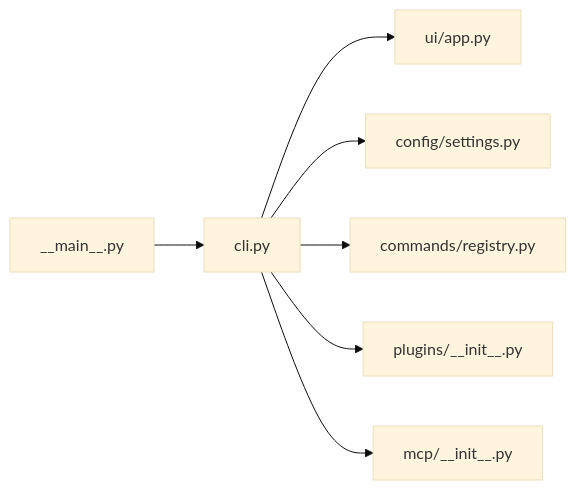
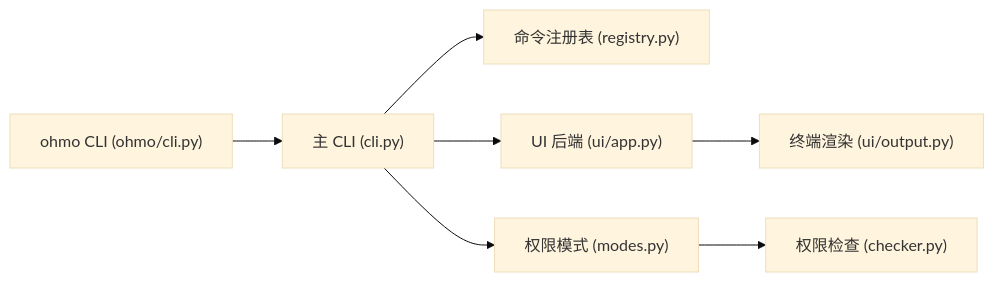
The fourth of 4 diagrams in .qoder/repowiki/zh/content/命令行界面/命令行界面.md (haolange/OpenHarness), drawn with Mermaid (base theme) before and after one commit. The commit also changed other lines of this file and 222 other files, not shown here.

````diff
--- a/.qoder/repowiki/zh/content/命令行界面/命令行界面.md
+++ b/.qoder/repowiki/zh/content/命令行界面/命令行界面.md
@@ -323,9 +293,9 @@
 ```mermaid
 graph LR
-MAIN["__main__.py"] --> CLI["cli.py"]
-CLI --> UI["ui/app.py"]
-CLI --> SET["config/settings.py"]
-CLI --> REG["commands/registry.py"]
-CLI --> PLG["plugins/__init__.py"]
-CLI --> MCP["mcp/__init__.py"]
+CLI["主 CLI (cli.py)"] --> Reg["命令注册表 (registry.py)"]
+CLI --> UIApp["UI 后端 (ui/app.py)"]
+UIApp --> Out["终端渲染 (ui/output.py)"]
+CLI --> Perms["权限模式 (modes.py)"]
+Perms --> Checker["权限检查 (checker.py)"]
+OHMO["ohmo CLI (ohmo/cli.py)"] --> CLI
 ```
````
